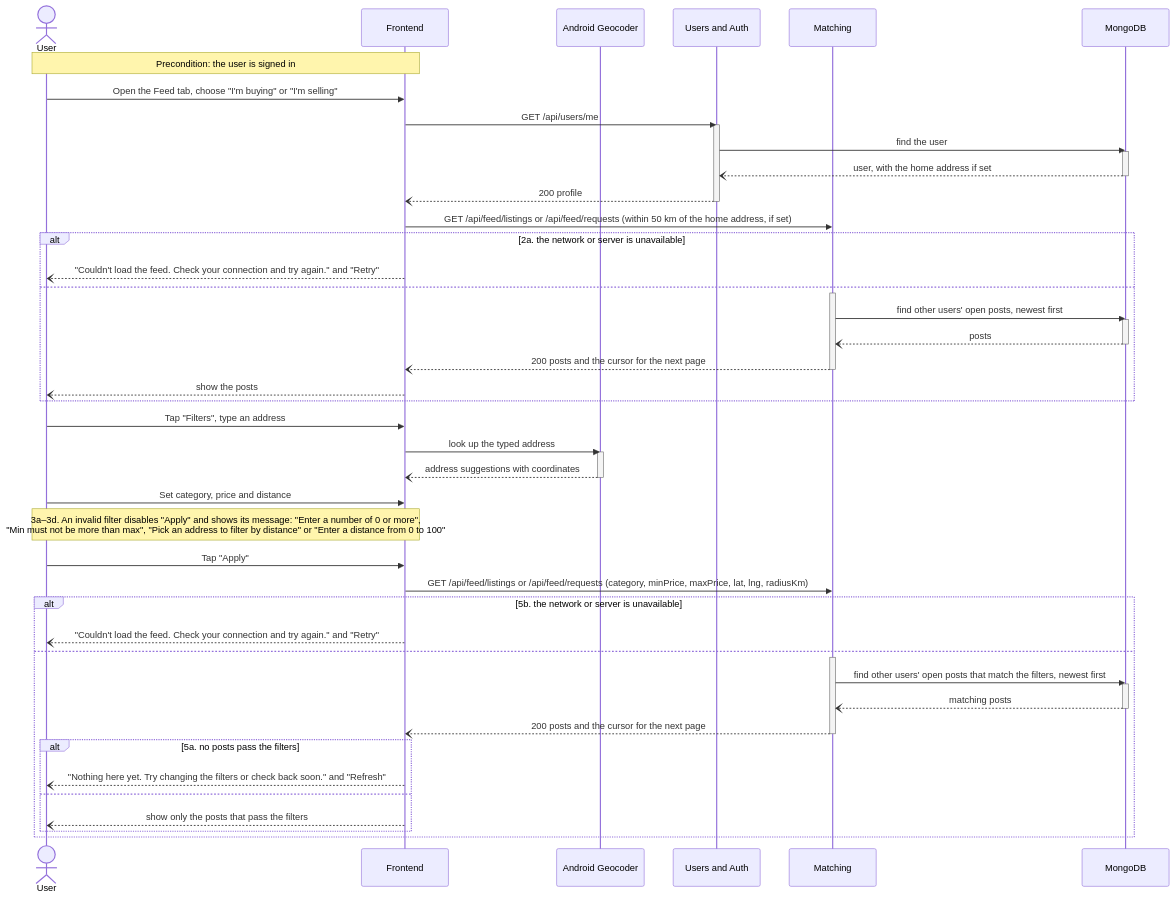
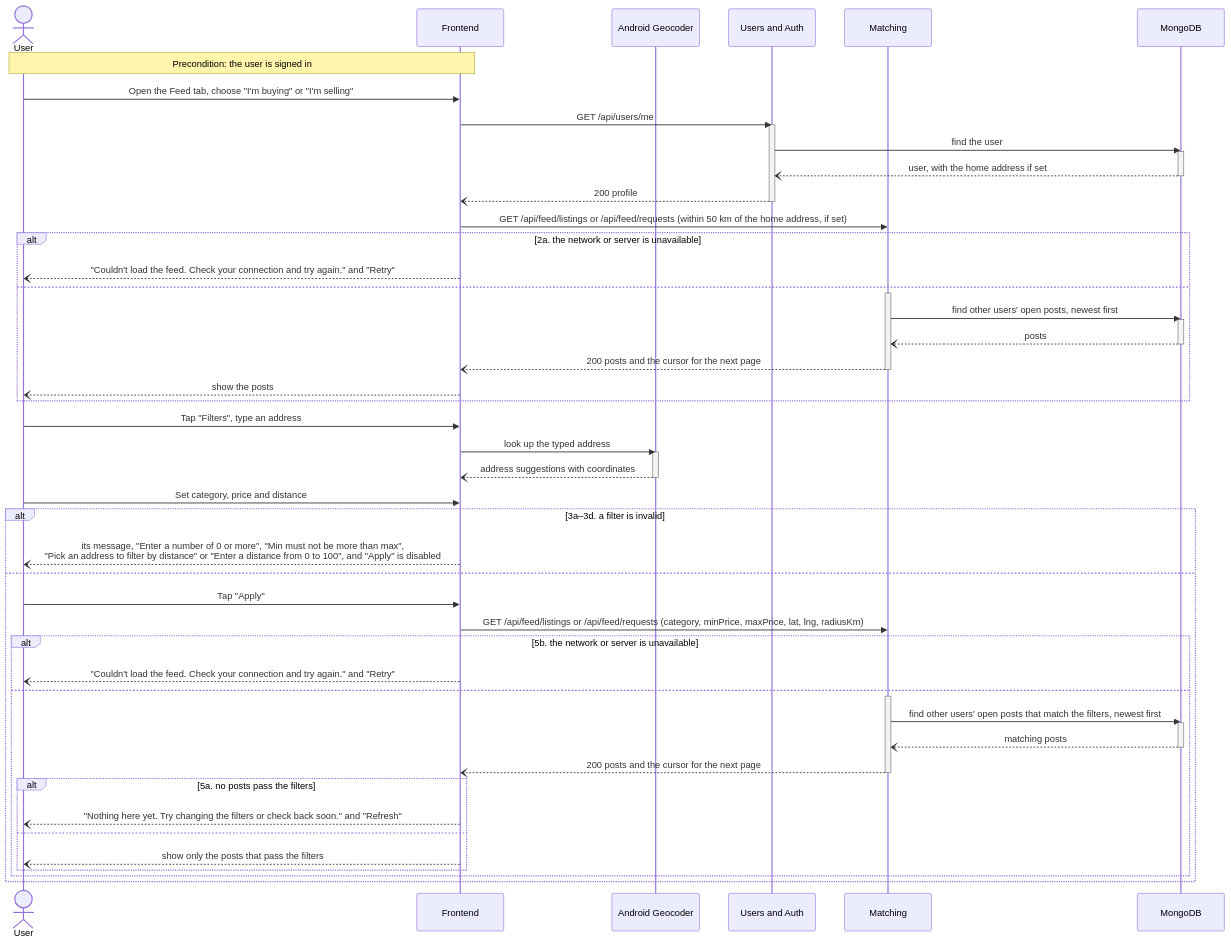
One commit to m1lun/MatchMarket changed the sixth of 6 diagrams in documentation/Requirements_and_Design.md. Above: the diagram before and after it, drawn with Mermaid. The commit also changed other lines of this file, not shown here.

Commit message:
docs: show the on-screen failures as branches instead of notes

````diff
--- a/documentation/Requirements_and_Design.md
+++ b/documentation/Requirements_and_Design.md
@@ -749,57 +756,60 @@
 ```mermaid
 sequenceDiagram
     actor U as User
     participant FE as Frontend
     participant GEO as Android Geocoder
     participant UA as Users and Auth
     participant M as Matching
     participant DB as MongoDB
     Note over U,FE: Precondition: the user is signed in
     U->>FE: Open the Feed tab, choose "I'm buying" or "I'm selling"
     FE->>UA: GET /api/users/me
     activate UA
     UA->>DB: find the user
     activate DB
     DB--)UA: user, with the home address if set
     deactivate DB
     UA--)FE: 200 profile
     deactivate UA
     FE->>M: GET /api/feed/listings or /api/feed/requests (within 50 km of the home address, if set)
     alt 2a. the network or server is unavailable
         FE--)U: "Couldn't load the feed. Check your connection and try again." and "Retry"
     else
         activate M
         M->>DB: find other users' open posts, newest first
         activate DB
         DB--)M: posts
         deactivate DB
         M--)FE: 200 posts and the cursor for the next page
         deactivate M
         FE--)U: show the posts
     end
     U->>FE: Tap "Filters", type an address
     FE->>GEO: look up the typed address
     activate GEO
     GEO--)FE: address suggestions with coordinates
     deactivate GEO
     U->>FE: Set category, price and distance
-    Note over U,FE: 3a–3d. An invalid filter disables "Apply" and shows its message: "Enter a number of 0 or more",<br/>"Min must not be more than max", "Pick an address to filter by distance" or "Enter a distance from 0 to 100"
-    U->>FE: Tap "Apply"
-    FE->>M: GET /api/feed/listings or /api/feed/requests (category, minPrice, maxPrice, lat, lng, radiusKm)
-    alt 5b. the network or server is unavailable
-        FE--)U: "Couldn't load the feed. Check your connection and try again." and "Retry"
+    alt 3a–3d. a filter is invalid
+        FE--)U: its message, "Enter a number of 0 or more", "Min must not be more than max",<br/>"Pick an address to filter by distance" or "Enter a distance from 0 to 100", and "Apply" is disabled
     else
-        activate M
-        M->>DB: find other users' open posts that match the filters, newest first
-        activate DB
-        DB--)M: matching posts
-        deactivate DB
-        M--)FE: 200 posts and the cursor for the next page
-        deactivate M
-        alt 5a. no posts pass the filters
-            FE--)U: "Nothing here yet. Try changing the filters or check back soon." and "Refresh"
+        U->>FE: Tap "Apply"
+        FE->>M: GET /api/feed/listings or /api/feed/requests (category, minPrice, maxPrice, lat, lng, radiusKm)
+        alt 5b. the network or server is unavailable
+            FE--)U: "Couldn't load the feed. Check your connection and try again." and "Retry"
         else
-            FE--)U: show only the posts that pass the filters
+            activate M
+            M->>DB: find other users' open posts that match the filters, newest first
+            activate DB
+            DB--)M: matching posts
+            deactivate DB
+            M--)FE: 200 posts and the cursor for the next page
+            deactivate M
+            alt 5a. no posts pass the filters
+                FE--)U: "Nothing here yet. Try changing the filters or check back soon." and "Refresh"
+            else
+                FE--)U: show only the posts that pass the filters
+            end
         end
     end
 ```
````
